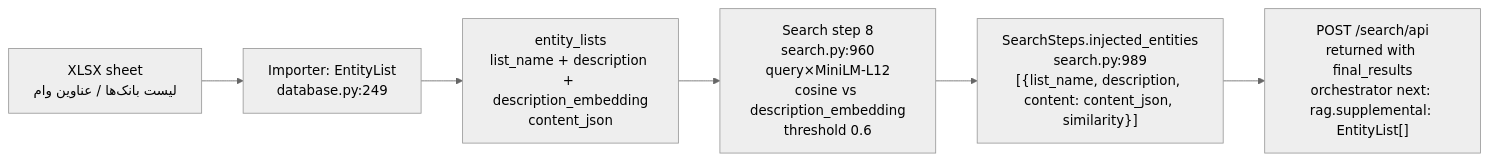
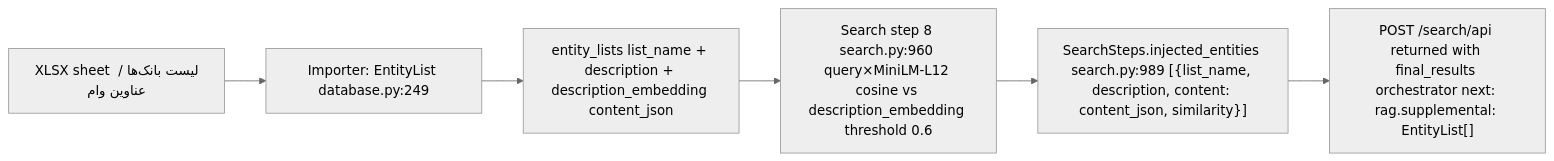
The sixth of 12 diagrams in kb-manager/README.md (AliNikkhah2001/Work_RAG-KB), drawn with Mermaid (neutral theme) before and after one commit. The commit also changed other lines of this file, not shown here.

Commit message:
docs(kb-manager): remove <br/> tags from mermaid diagrams for compilation

````diff
--- a/kb-manager/README.md
+++ b/kb-manager/README.md
@@ -204,8 +204,8 @@
 ```mermaid
 flowchart LR
-    XLSX["XLSX sheet<br/>لیست بانک‌ها / عناوین وام"] --> PARSER["Importer: EntityList<br/>database.py:249"]
-    PARSER --> TBL["entity_lists<br/>list_name + description + description_embedding<br/>content_json"]
-    TBL --> STEP8["Search step 8<br/>search.py:960<br/>query×MiniLM-L12<br/>cosine vs description_embedding<br/>threshold 0.6"]
-    STEP8 --> INJ["SearchSteps.injected_entities<br/>search.py:989<br/>[{list_name, description, content: content_json, similarity}]"]
-    INJ --> API["POST /search/api<br/>returned with final_results<br/>orchestrator next: rag.supplemental: EntityList[]"]
+    XLSX["XLSX sheet لیست بانک‌ها / عناوین وام"] --> PARSER["Importer: EntityList database.py:249"]
+    PARSER --> TBL["entity_lists list_name + description + description_embedding content_json"]
+    TBL --> STEP8["Search step 8 search.py:960 query×MiniLM-L12 cosine vs description_embedding threshold 0.6"]
+    STEP8 --> INJ["SearchSteps.injected_entities search.py:989 [{list_name, description, content: content_json, similarity}]"]
+    INJ --> API["POST /search/api returned with final_results orchestrator next: rag.supplemental: EntityList[]"]
 ```
````
